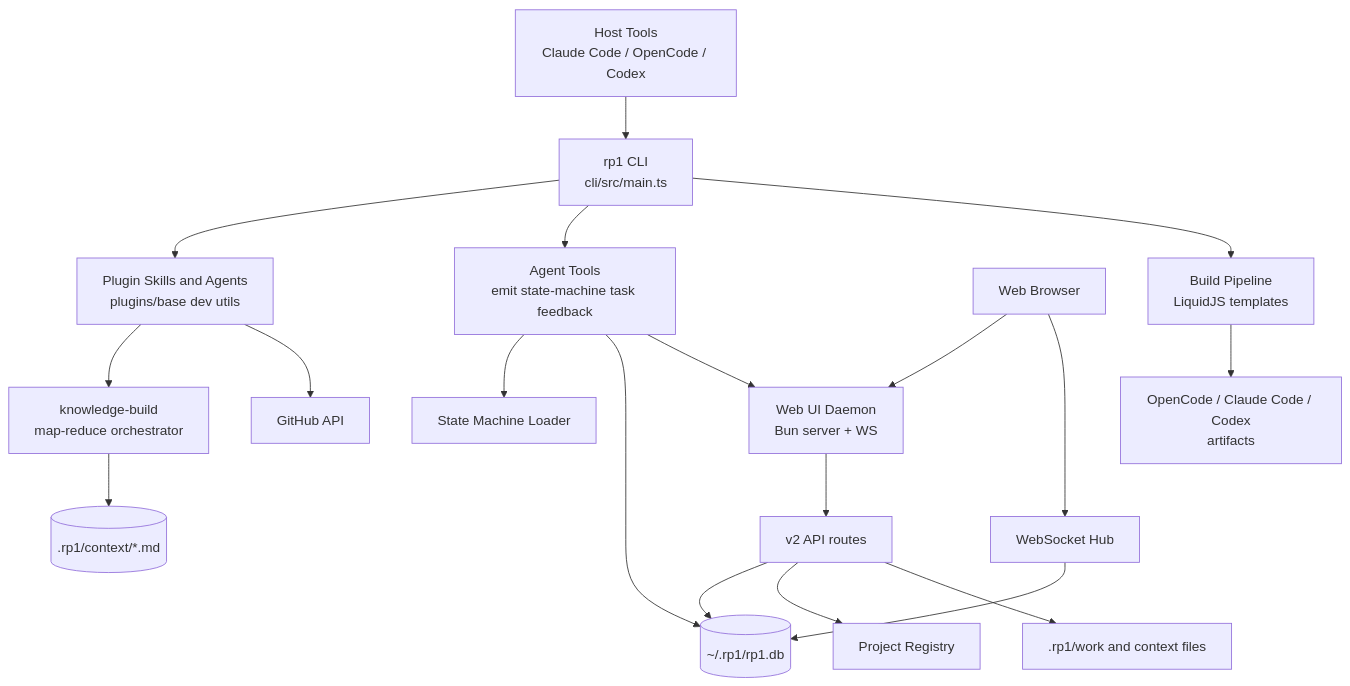
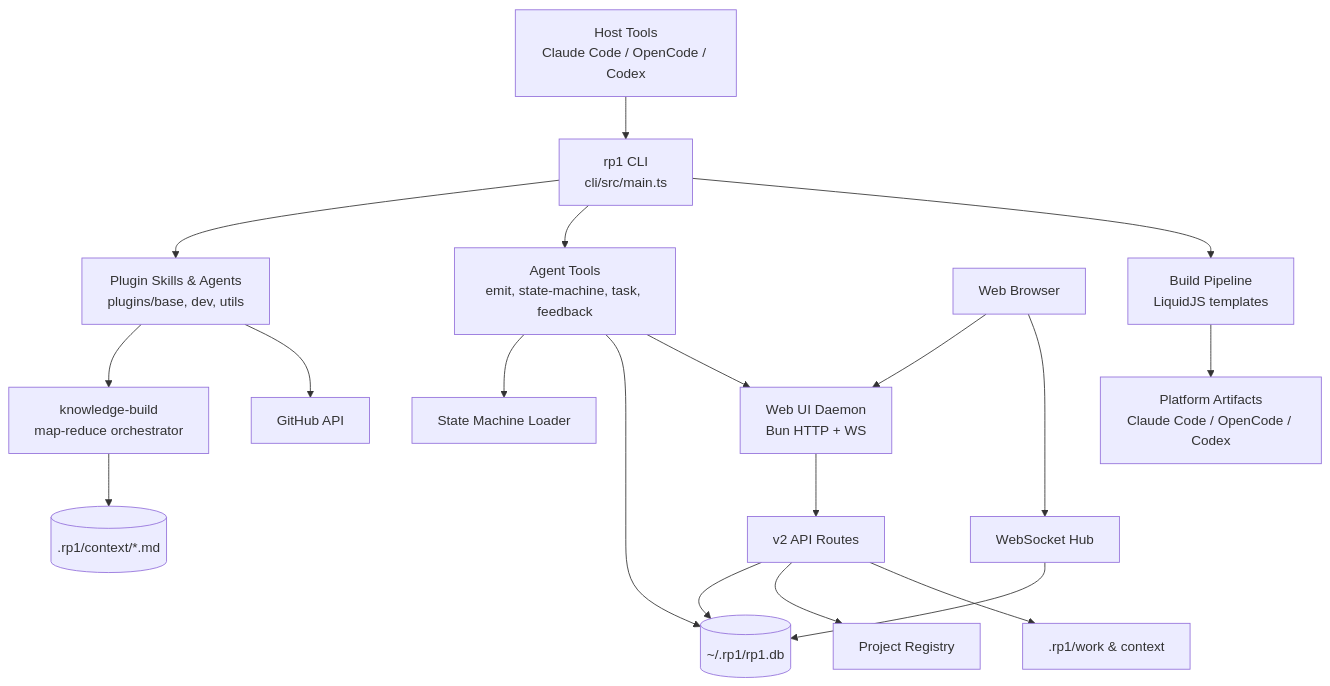
One commit to rp1-run/rp1 changed the diagram in .rp1/context/architecture.md. Above: the diagram before and after it, drawn with Mermaid. The commit also changed other lines of this file and 5 other files, not shown here.

````diff
--- a/.rp1/context/architecture.md
+++ b/.rp1/context/architecture.md
@@ -9,21 +9,21 @@
 ```mermaid
 flowchart TB
     Host["Host Tools\nClaude Code / OpenCode / Codex"] --> CLI["rp1 CLI\ncli/src/main.ts"]
-    CLI --> Skills["Plugin Skills and Agents\nplugins/base dev utils"]
-    CLI --> Tools["Agent Tools\nemit state-machine task feedback"]
+    CLI --> Skills["Plugin Skills & Agents\nplugins/base, dev, utils"]
+    CLI --> Tools["Agent Tools\nemit, state-machine, task, feedback"]
     Skills --> KBBuild["knowledge-build\nmap-reduce orchestrator"]
     KBBuild --> KBFiles[(".rp1/context/*.md")]
     Tools --> SM["State Machine Loader"]
     Tools --> EmitDB[("~/.rp1/rp1.db")]
-    Tools --> Daemon["Web UI Daemon\nBun server + WS"]
-    Daemon --> API["v2 API routes"]
+    Tools --> Daemon["Web UI Daemon\nBun HTTP + WS"]
+    Daemon --> API["v2 API Routes"]
     API --> EmitDB
     API --> Registry["Project Registry"]
-    API --> Workspace[".rp1/work and context files"]
+    API --> Workspace[".rp1/work & context"]
     Browser["Web Browser"] --> Daemon
     Browser --> WS["WebSocket Hub"]
     WS --> EmitDB
     Skills --> GitHub["GitHub API"]
     CLI --> BuildPipeline["Build Pipeline\nLiquidJS templates"]
-    BuildPipeline --> Platforms["OpenCode / Claude Code / Codex\nartifacts"]
+    BuildPipeline --> Platforms["Platform Artifacts\nClaude Code / OpenCode / Codex"]
 ```
````
